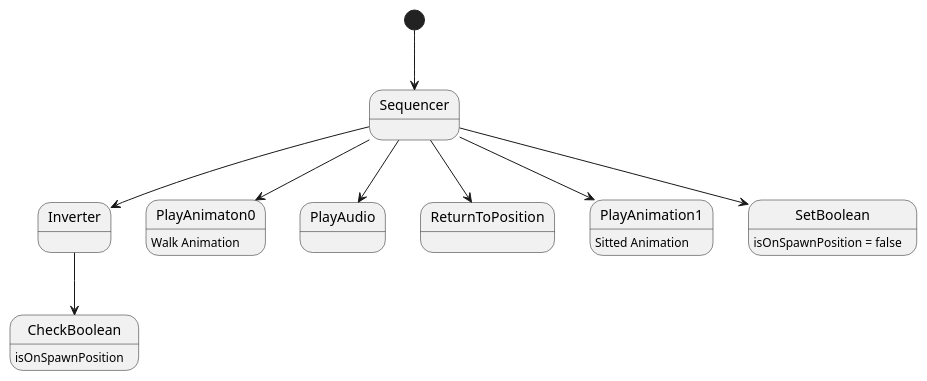
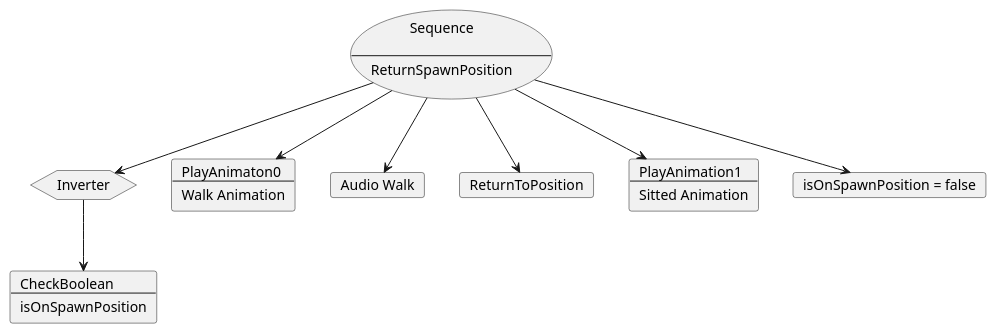
Before and after one commit to onedeo/Portfolio: the diagram in 04. Portfolio/개발문서/BehaviourTree/NoDetectPlayer/ReturnSpawnPosition.puml, drawn with PlantUML. The commit also changed 98 other files, not shown here.

```diff
--- a/04. Portfolio/개발문서/BehaviourTree/NoDetectPlayer/ReturnSpawnPosition.puml
+++ b/04. Portfolio/개발문서/BehaviourTree/NoDetectPlayer/ReturnSpawnPosition.puml
@@ -1,16 +1,44 @@
 @startuml
 
-[*]-->Sequencer
-Sequencer-->Inverter
+usecase Sequence[
+    Sequence
+
+    ---
+    ReturnSpawnPosition
+]
+hexagon Inverter
+card CheckBoolean[
+    CheckBoolean
+    ---
+    isOnSpawnPosition
+]
+card PlayAnimaton0[
+    PlayAnimaton0
+    ---
+    Walk Animation
+]
+card PlayAudio[
+    Audio Walk
+]
+card ReturnToPosition
+card PlayAnimation1[
+    PlayAnimation1
+    ---
+    Sitted Animation
+]
+card SetBoolean[
+    isOnSpawnPosition = false
+]
+
+
+Sequence-->Inverter
 Inverter-->CheckBoolean
-CheckBoolean : isOnSpawnPosition
-Sequencer-->PlayAnimaton0
-PlayAnimaton0 : Walk Animation
-Sequencer-->PlayAudio
-Sequencer-->ReturnToPosition
-Sequencer-->PlayAnimation1
-PlayAnimation1 : Sitted Animation
-Sequencer-->SetBoolean
-SetBoolean : isOnSpawnPosition = false
+Sequence-->PlayAnimaton0
+Sequence-->PlayAudio
+Sequence-->ReturnToPosition
+Sequence-->PlayAnimation1
+Sequence-->SetBoolean
+
+
 
 @enduml
```
